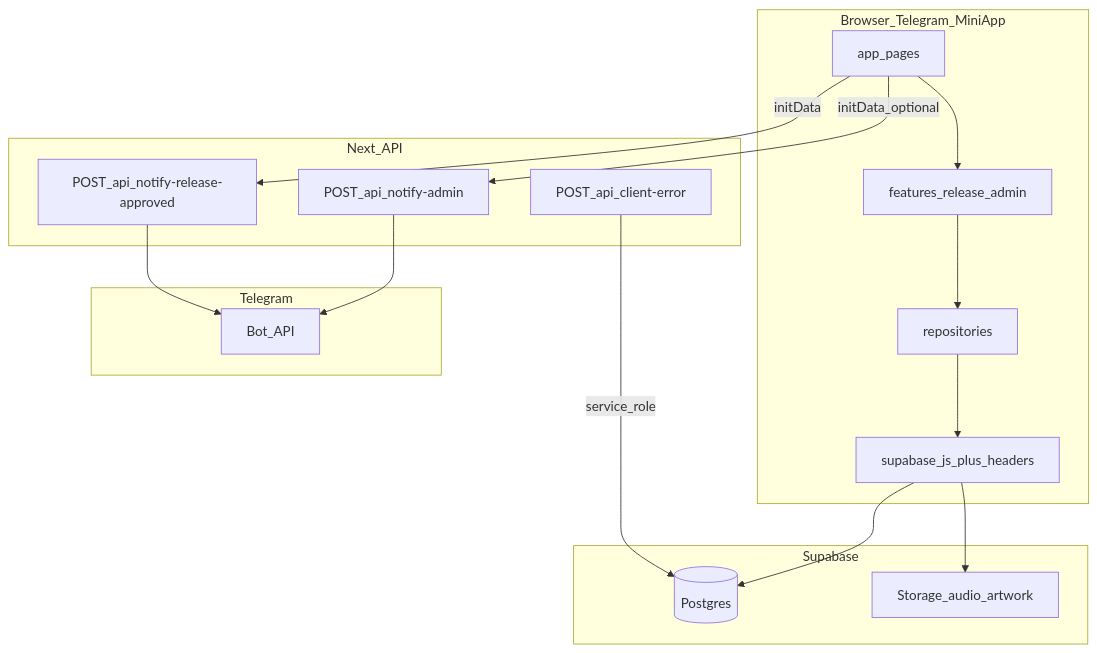
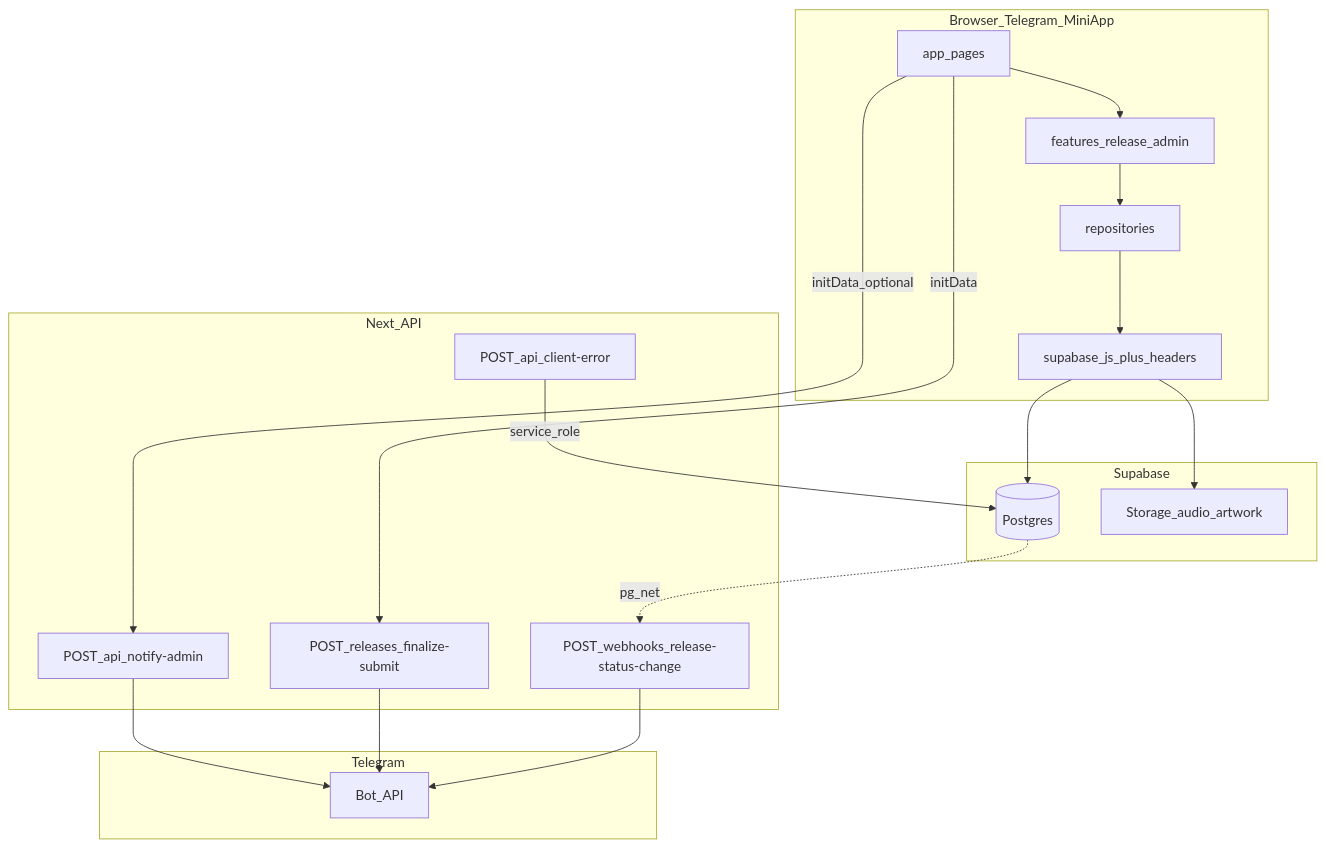
The diagram in docs/PROJECT_OVERVIEW.md (Kisser2003/tg-mini-app), drawn with Mermaid before and after one commit. The commit also changed other lines of this file and 7 other files, not shown here.

First line of the commit message:
feat: Telegram release notifications (finalize-submit + webhook)

````diff
--- a/docs/PROJECT_OVERVIEW.md
+++ b/docs/PROJECT_OVERVIEW.md
@@ -175,31 +175,34 @@
 ```mermaid
 flowchart TB
   subgraph client [Browser_Telegram_MiniApp]
     Pages[app_pages]
     Feat[features_release_admin]
     Repo[repositories]
     SBClient[supabase_js_plus_headers]
   end
   subgraph nextapi [Next_API]
     CE[POST_api_client-error]
     NA[POST_api_notify-admin]
-    NR[POST_api_notify-release-approved]
+    WH[POST_webhooks_release-status-change]
+    FS[POST_releases_finalize-submit]
   end
   subgraph supa [Supabase]
     PG[(Postgres)]
     St[Storage_audio_artwork]
   end
   subgraph tg [Telegram]
     Bot[Bot_API]
   end
   Pages --> Feat
   Feat --> Repo
   Repo --> SBClient
   SBClient --> PG
   SBClient --> St
   Pages -->|initData_optional| NA
-  Pages -->|initData| NR
+  Pages -->|initData| FS
   NA --> Bot
-  NR --> Bot
+  FS --> Bot
+  PG -.->|pg_net| WH
+  WH --> Bot
   CE -->|service_role| PG
 ```
````
